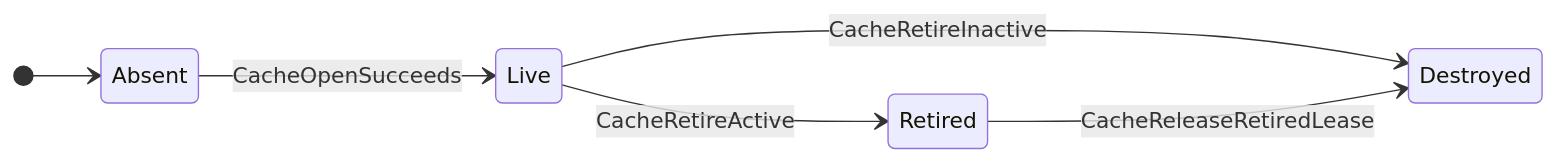
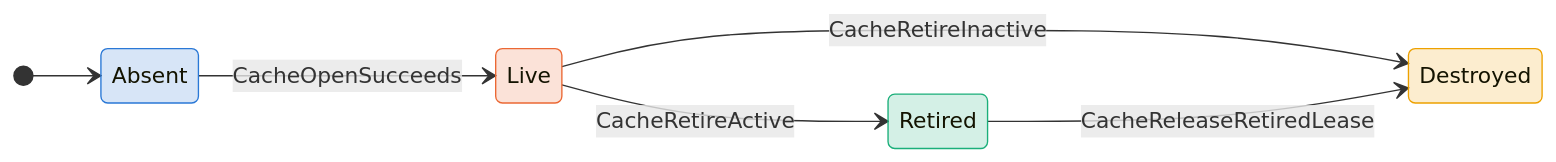
Before and after one commit to antflydb/antfly: the first of 4 diagrams in zig/specs/tla/diagrams/storage/lsm/AntflyLsmLifecycle.md, drawn with Mermaid. The commit also changed other lines of this file and 27 other files, not shown here.

````diff
--- a/zig/specs/tla/diagrams/storage/lsm/AntflyLsmLifecycle.md
+++ b/zig/specs/tla/diagrams/storage/lsm/AntflyLsmLifecycle.md
@@ -13,9 +13,17 @@
 ```mermaid
 stateDiagram-v2
     direction LR
     [*] --> Absent
     Absent --> Live : CacheOpenSucceeds
     Live --> Destroyed : CacheRetireInactive
     Live --> Retired : CacheRetireActive
     Retired --> Destroyed : CacheReleaseRetiredLease
+    classDef c_Absent fill:#2a78d630,stroke:#2a78d6
+    class Absent c_Absent
+    classDef c_Live fill:#eb683430,stroke:#eb6834
+    class Live c_Live
+    classDef c_Retired fill:#1baf7a30,stroke:#1baf7a
+    class Retired c_Retired
+    classDef c_Destroyed fill:#eda10030,stroke:#eda100
+    class Destroyed c_Destroyed
 ```
````
